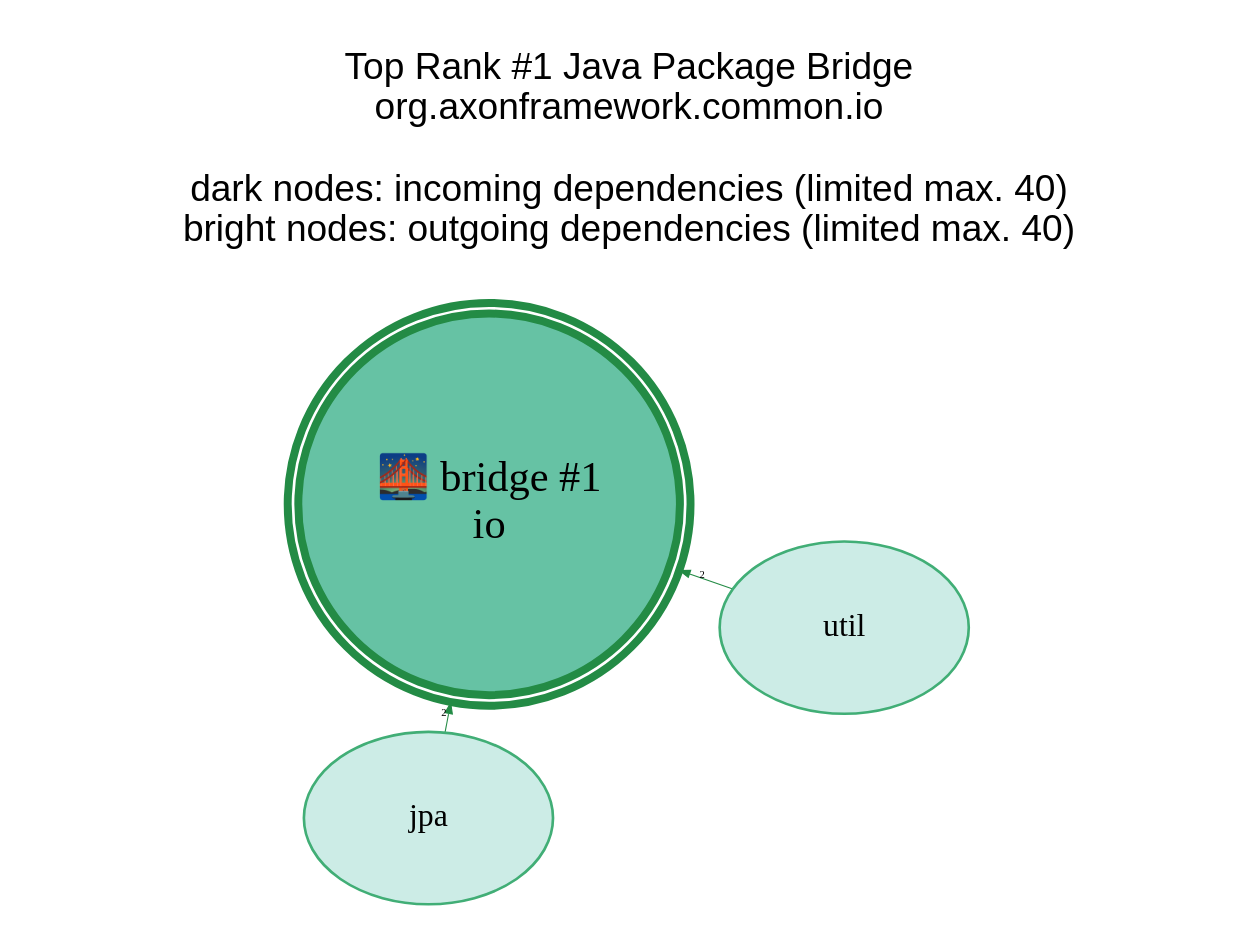
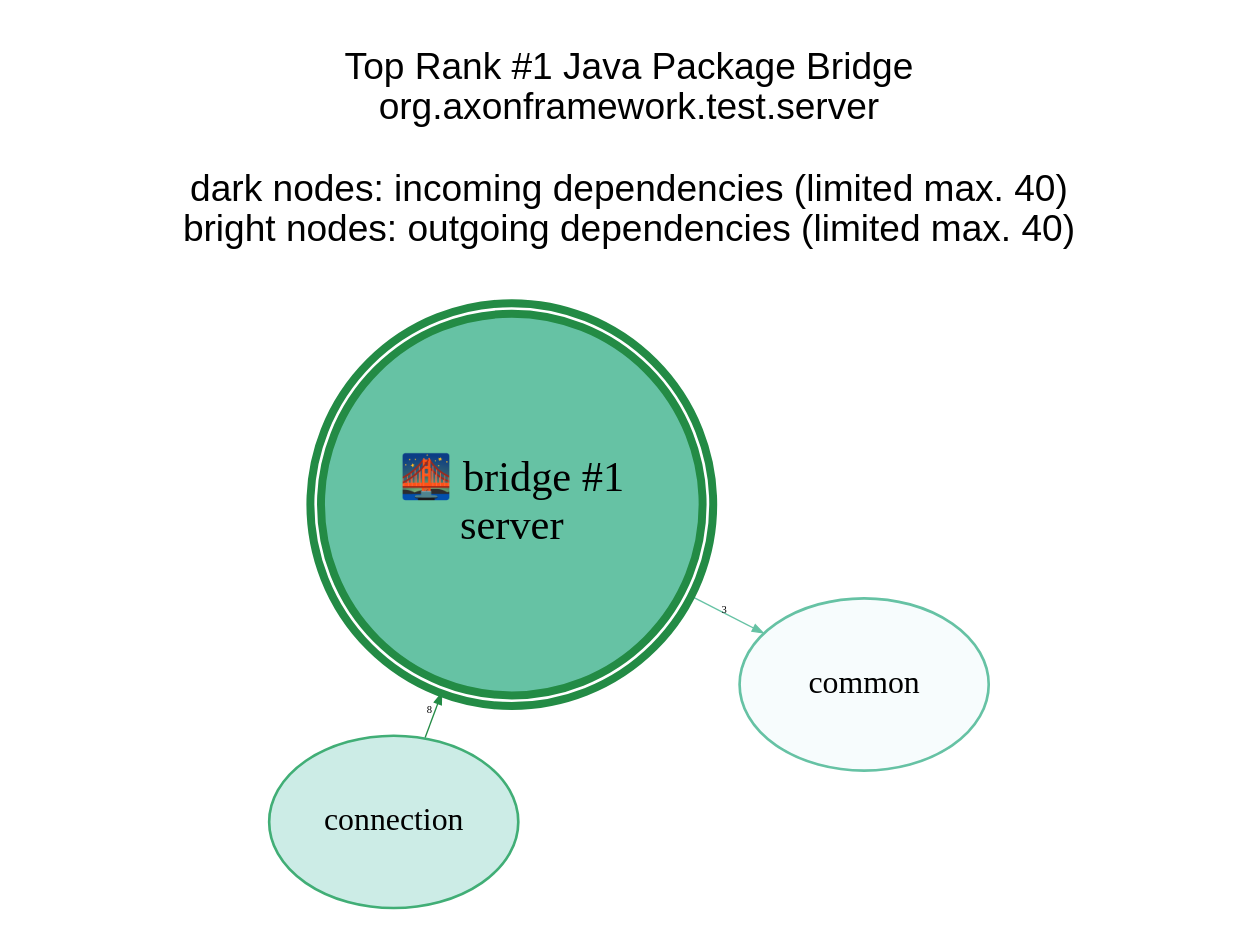
One commit to JohT/code-graph-analysis-examples changed the diagram in analysis-results/AxonFramework/latest/anomaly-detection/Java_Package/GraphVisualizations/graphviz/TopBridge1.gv. Above: the diagram before and after it, drawn with Graphviz. The commit also changed 709 other files, not shown here.

```diff
--- a/analysis-results/AxonFramework/latest/anomaly-detection/Java_Package/GraphVisualizations/graphviz/TopBridge1.gv
+++ b/analysis-results/AxonFramework/latest/anomaly-detection/Java_Package/GraphVisualizations/graphviz/TopBridge1.gv
@@ -1,19 +1,19 @@
 // This GraphViz dot file was generated by the script convertQueryResultCsvToGraphVizDotFile.sh with TopCentral.template
 
 strict digraph TopBridge1 {
     graph [layout = "fdp"; start = "7"; splines = "spline"; pad = "0.8,0.1"; outputorder = "edgesfirst";];
     graph [fontname = "Helvetica,Arial,sans-serif"; labelloc = "t";];
     node [colorscheme = "bugn9"; color = 6; fillcolor = 3;];
     edge [colorscheme = "bugn9"; color = 7;];
     node [fontsize = 12; style = "filled"; margin = "0.03,0.03"; width="1.3"; height="0.9";];
     edge [fontsize = 4; arrowsize = "0.4";];
 
     central [shape = "doublecircle"; height = "2.0"; margin = "0.000001,0.000001";];
     central [fontsize = 16;];
     central [color = 7; fillcolor = 5; penwidth = 3;];
 
-	graph   [label="Top Rank #1 Java Package Bridge\norg.axonframework.common.io\n\ndark nodes: incoming dependencies (limited max. 40)\nbright nodes: outgoing dependencies (limited max. 40)\n\n"];
-	central [label="🌉 bridge #1\nio"];
-	"jpa_14819" [label = "jpa"; ]; "jpa_14819" -> central [label=2; weight=2; penwidth=0.4];
-	"util_837" [label = "util"; ]; "util_837" -> central [label=2; weight=2; penwidth=0.4];
+	graph   [label="Top Rank #1 Java Package Bridge\norg.axonframework.test.server\n\ndark nodes: incoming dependencies (limited max. 40)\nbright nodes: outgoing dependencies (limited max. 40)\n\n"];
+	central [label="🌉 bridge #1\nserver"];
+	"connection_23134" [label = "connection"; ]; "connection_23134" -> central [label=8; weight=8; penwidth=0.5];
+	"common_833" [label = "common"; color = 5; fillcolor = 1; ]; central -> "common_833" [label=3; weight=3; penwidth=0.5; color = 5];
 }
```
